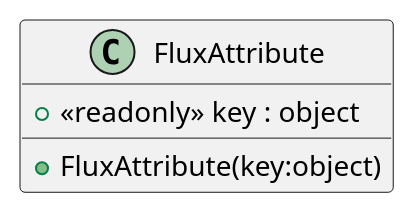
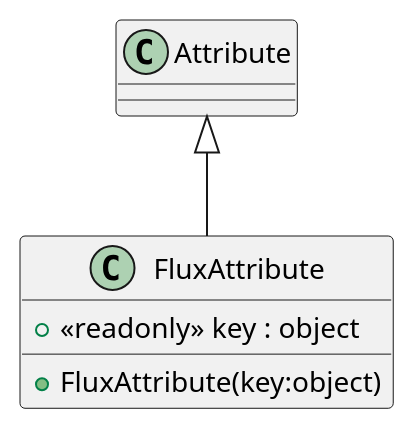
The diagram in UML~/FluxAttribute.puml (xavierarpa/UniFlux), drawn with PlantUML before and after one commit. The commit also changed 7 other files, not shown here.

Commit message:
Generate UML (Generate UML)

```diff
--- a/UML~/FluxAttribute.puml
+++ b/UML~/FluxAttribute.puml
@@ -1,6 +1,7 @@
 @startuml
 class FluxAttribute {
     + <<readonly>> key : object
     + FluxAttribute(key:object)
 }
+Attribute <|-- FluxAttribute
 @enduml
```
